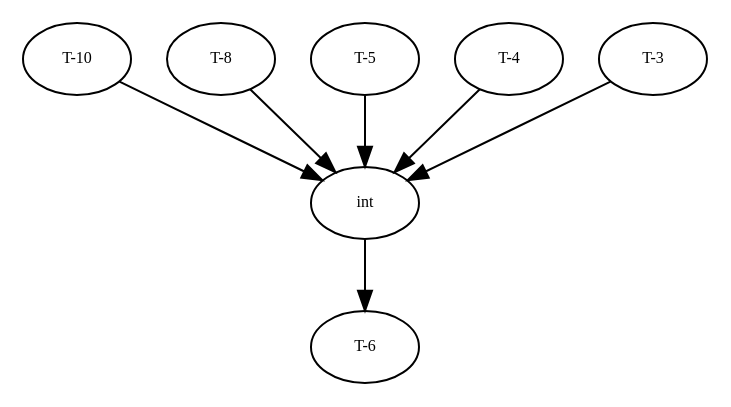
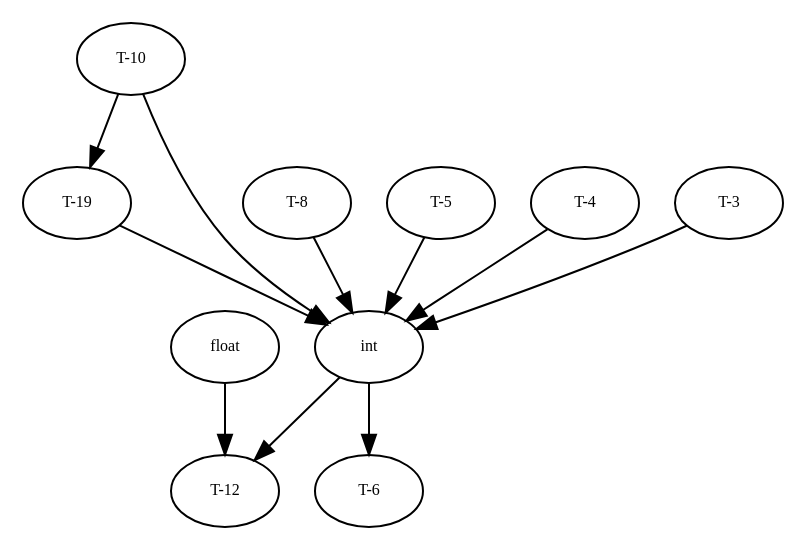
One commit to amso100/livescript-declarations changed the diagram in graphs/dg.dot. Above: the diagram before and after it, drawn with Graphviz. The commit also changed 14 other files, not shown here.

```diff
--- a/graphs/dg.dot
+++ b/graphs/dg.dot
@@ -1,60 +1,91 @@
 digraph RGL__DirectedAdjacencyGraph {
+    "T-19" [
+        fontsize = 8,
+        label = "T-19"
+    ]
+
+    int [
+        fontsize = 8,
+        label = int
+    ]
+
     "T-10" [
         fontsize = 8,
         label = "T-10"
     ]
 
-    int [
+    "T-12" [
         fontsize = 8,
-        label = int
+        label = "T-12"
+    ]
+
+    float [
+        fontsize = 8,
+        label = float
     ]
 
     "T-6" [
         fontsize = 8,
         label = "T-6"
     ]
 
     "T-8" [
         fontsize = 8,
         label = "T-8"
     ]
 
     "T-5" [
         fontsize = 8,
         label = "T-5"
     ]
 
     "T-4" [
         fontsize = 8,
         label = "T-4"
     ]
 
     "T-3" [
         fontsize = 8,
         label = "T-3"
     ]
 
+    "T-19" -> int [
+        fontsize = 8
+    ]
+
+    int -> "T-12" [
+        fontsize = 8
+    ]
+
+    int -> "T-6" [
+        fontsize = 8
+    ]
+
+    "T-10" -> "T-19" [
+        fontsize = 8
+    ]
+
     "T-10" -> int [
         fontsize = 8
     ]
 
-    int -> "T-6" [
+    float -> "T-12" [
         fontsize = 8
     ]
 
     "T-8" -> int [
         fontsize = 8
     ]
 
     "T-5" -> int [
         fontsize = 8
     ]
 
     "T-4" -> int [
         fontsize = 8
     ]
 
     "T-3" -> int [
         fontsize = 8
     ]
 }
```
